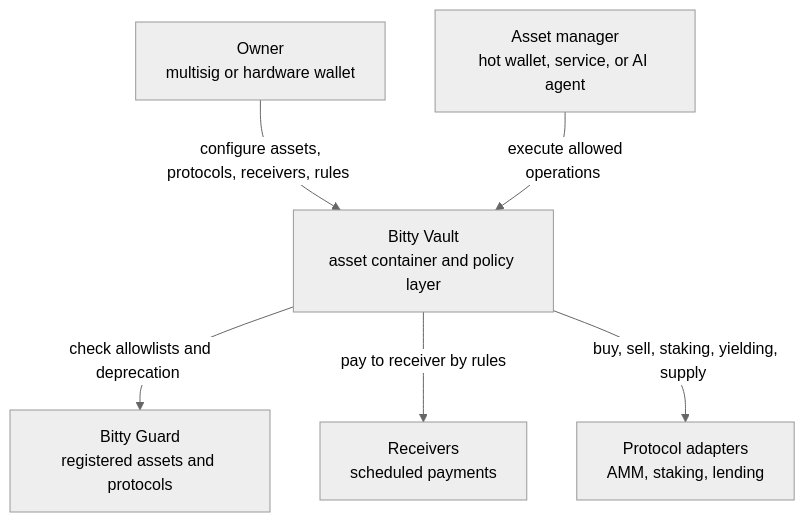
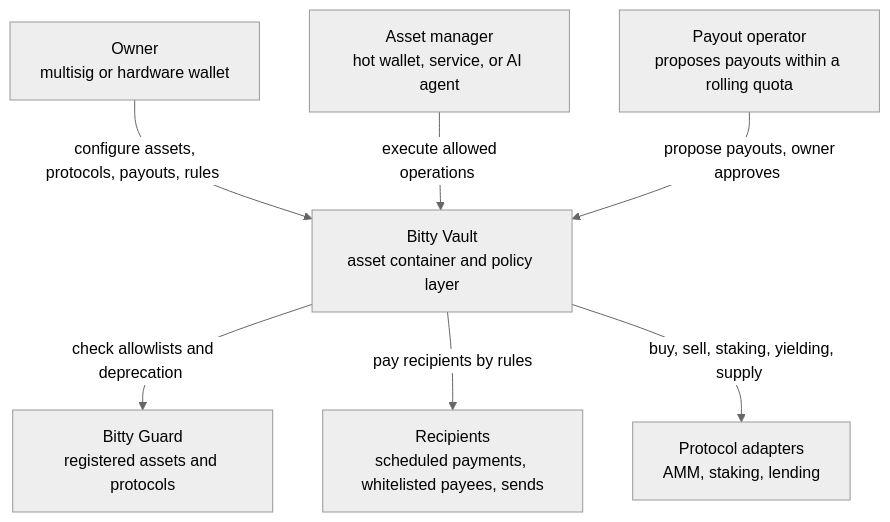
The diagram in README.md (BittyIO/vault), drawn with Mermaid (neutral theme) before and after one commit. The commit also changed other lines of this file and 1 other file, not shown here.

````diff
--- a/README.md
+++ b/README.md
@@ -7,15 +7,17 @@
 ```mermaid
 flowchart TB
     Owner["Owner<br/>multisig or hardware wallet"]
     AssetManager["Asset manager<br/>hot wallet, service, or AI agent"]
+    PayoutOperator["Payout operator<br/>proposes payouts within a rolling quota"]
     Vault["Bitty Vault<br/>asset container and policy layer"]
     Guard["Bitty Guard<br/>registered assets and protocols"]
-    Receivers["Receivers<br/>scheduled payments"]
+    Recipients["Recipients<br/>scheduled payments, whitelisted payees, sends"]
     Protocols["Protocol adapters<br/>AMM, staking, lending"]
 
-    Owner -->|"&nbsp;configure assets, protocols, receivers, rules&nbsp;"| Vault
+    Owner -->|"&nbsp;configure assets, protocols, payouts, rules&nbsp;"| Vault
     AssetManager -->|"&nbsp;execute allowed operations&nbsp;"| Vault
+    PayoutOperator -->|"&nbsp;propose payouts, owner approves&nbsp;"| Vault
     Vault -->|"&nbsp;check allowlists and deprecation&nbsp;"| Guard
-    Vault -->|"&nbsp;pay to receiver by rules&nbsp;"| Receivers
+    Vault -->|"&nbsp;pay recipients by rules&nbsp;"| Recipients
     Vault -->|"&nbsp;buy, sell, staking, yielding, supply&nbsp;"| Protocols
 ```
````
